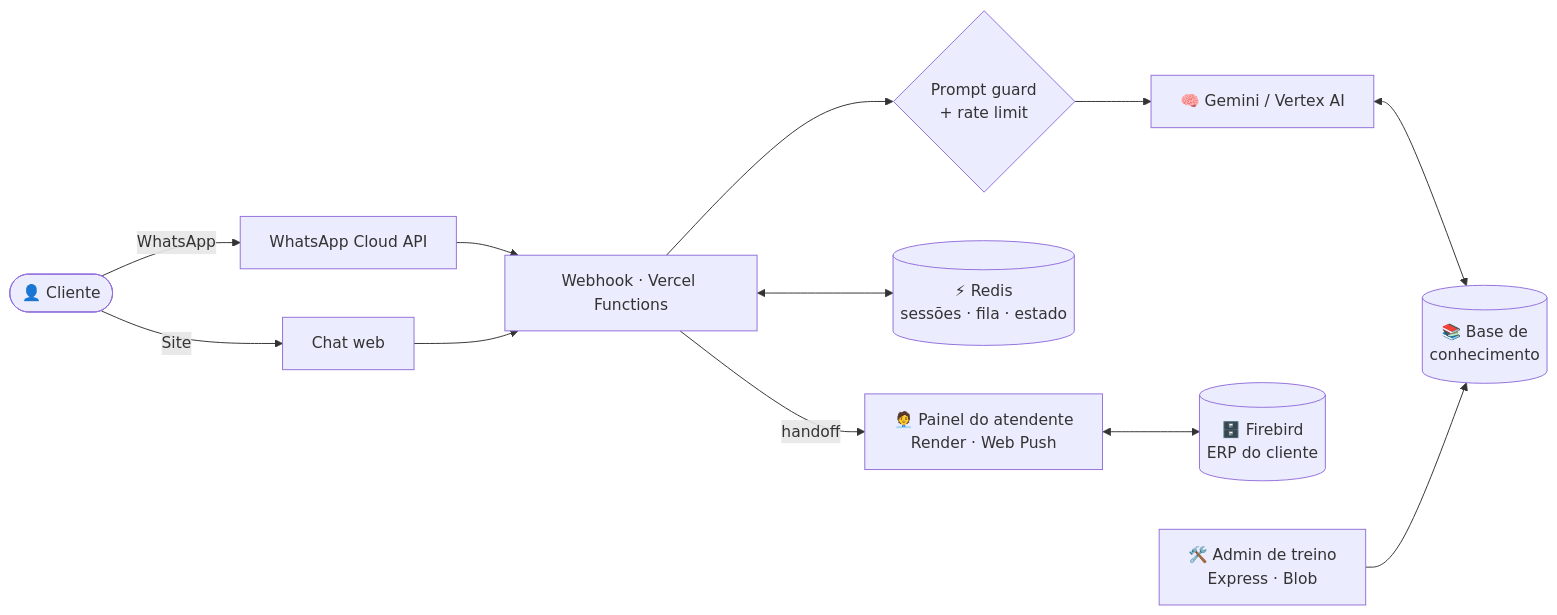
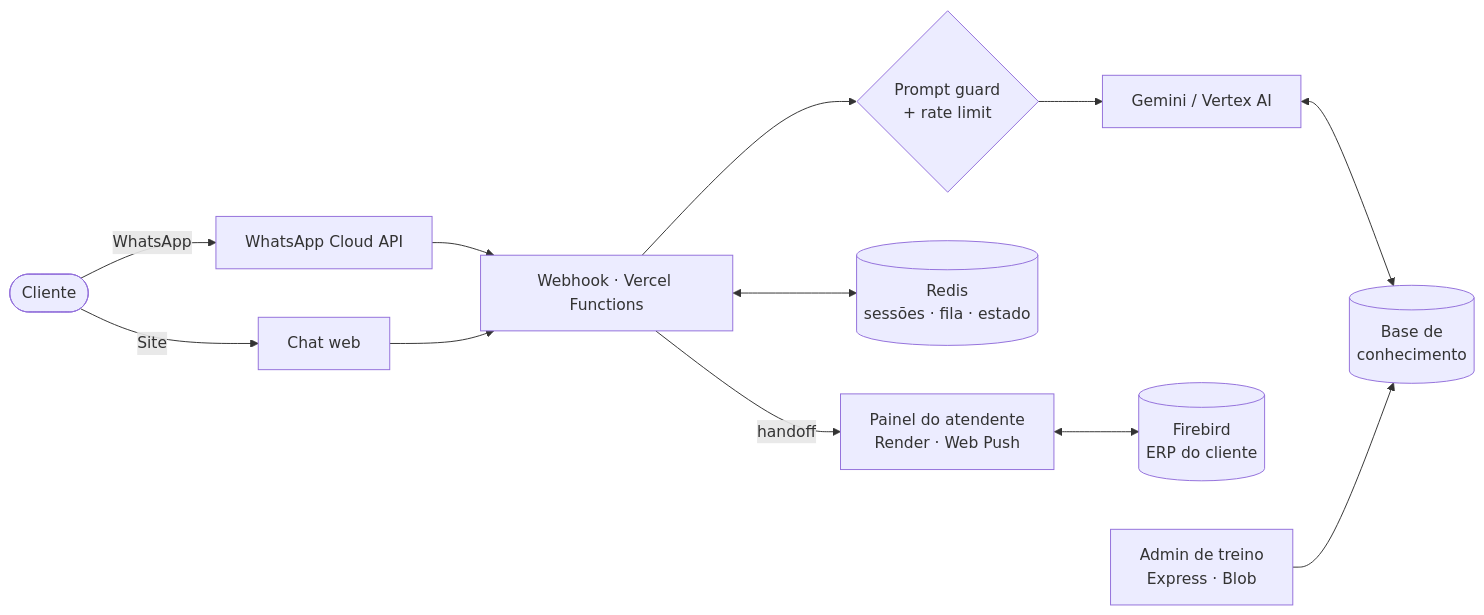
One commit to pedrogarcialeite04/pedrogarcialeite04 changed the diagram in README.md. Above: the diagram before and after it, drawn with Mermaid. The commit also changed other lines of this file, not shown here.

````diff
--- a/README.md
+++ b/README.md
@@ -79,14 +79,14 @@
 ```mermaid
 flowchart LR
-    U(["👤 Cliente"]) -->|WhatsApp| W["WhatsApp Cloud API"]
+    U(["Cliente"]) -->|WhatsApp| W["WhatsApp Cloud API"]
     U -->|Site| S["Chat web"]
     W --> H["Webhook · Vercel Functions"]
     S --> H
     H --> G{"Prompt guard\n+ rate limit"}
-    G --> AI["🧠 Gemini / Vertex AI"]
-    AI <--> KB[("📚 Base de\nconhecimento")]
-    H <--> R[("⚡ Redis\nsessões · fila · estado")]
-    H -->|handoff| P["🧑‍💼 Painel do atendente\nRender · Web Push"]
-    P <--> DB[("🗄️ Firebird\nERP do cliente")]
-    T["🛠️ Admin de treino\nExpress · Blob"] --> KB
+    G --> AI["Gemini / Vertex AI"]
+    AI <--> KB[("Base de\nconhecimento")]
+    H <--> R[("Redis\nsessões · fila · estado")]
+    H -->|handoff| P["Painel do atendente\nRender · Web Push"]
+    P <--> DB[("Firebird\nERP do cliente")]
+    T["Admin de treino\nExpress · Blob"] --> KB
 ```
````
